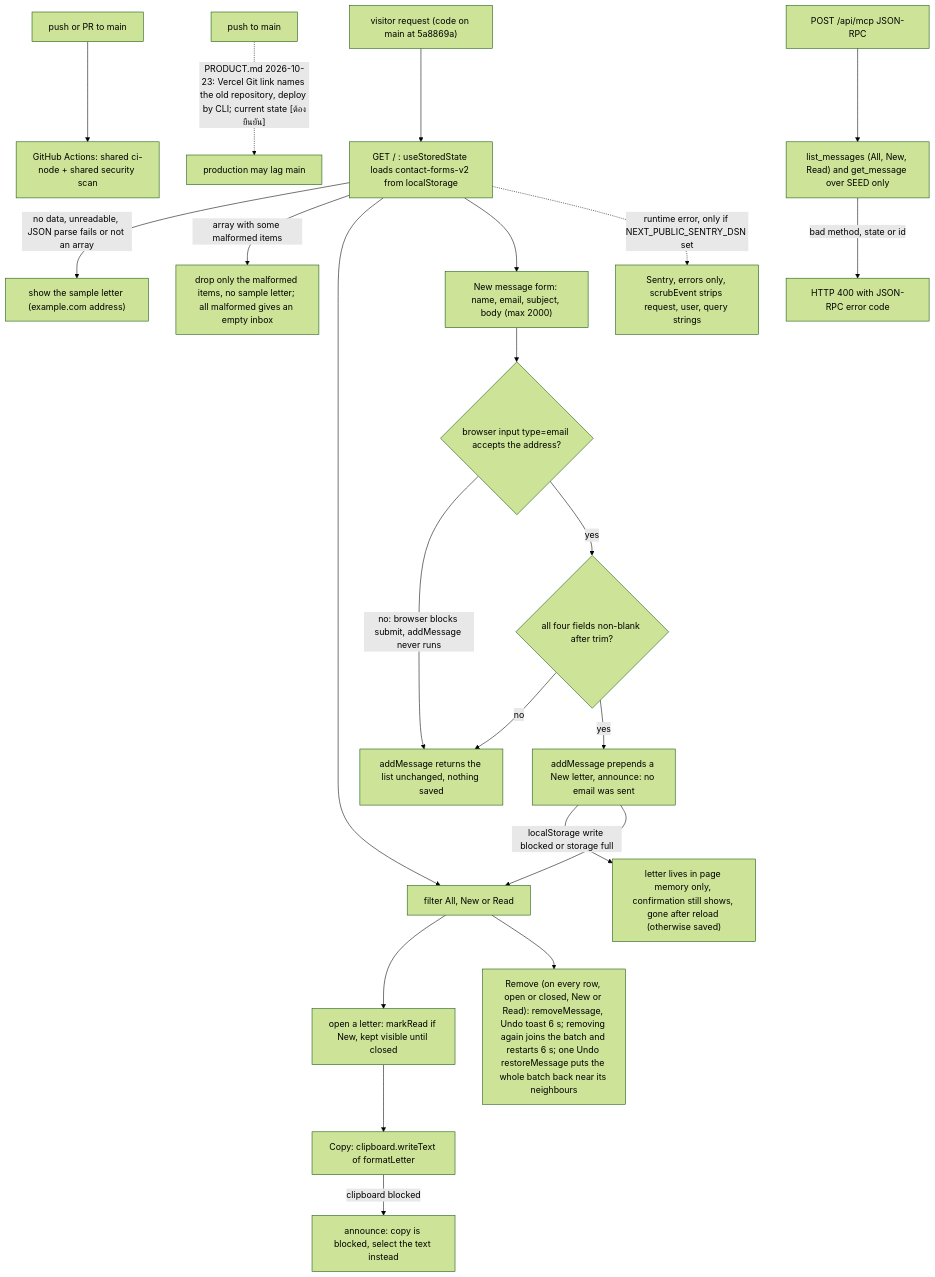
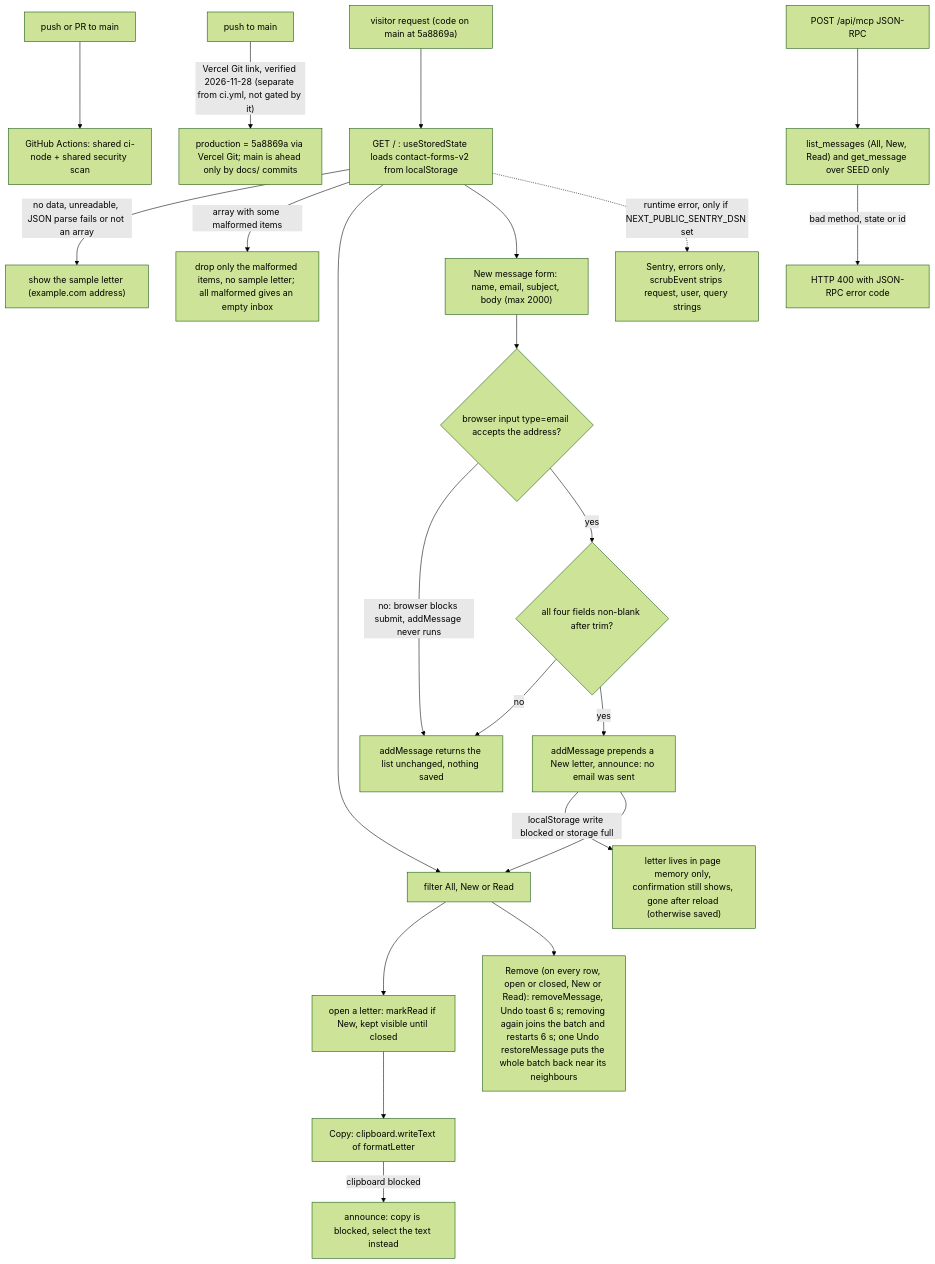
The first of 2 diagrams in docs/diagrams/01-business-process.md (bookchaowalit-website/marketing-contact-forms-web), drawn with Mermaid (forest theme) before and after one commit. The commit also changed other lines of this file, not shown here.

Commit message:
docs: close Vercel Git link gap (D9), verified 2026-11-28

````diff
--- a/docs/diagrams/01-business-process.md
+++ b/docs/diagrams/01-business-process.md
@@ -9,24 +9,24 @@
 ```mermaid
 flowchart TD
   PUSH["push or PR to main"] --> CI["GitHub Actions: shared ci-node + shared security scan"]
-  MAIN["push to main"] -.->|"PRODUCT.md 2026-10-23: Vercel Git link names the old repository, deploy by CLI; current state [ต้องยืนยัน]"| PROD["production may lag main"]
+  MAIN["push to main"] -->|"Vercel Git link, verified 2026-11-28 (separate from ci.yml, not gated by it)"| PROD["production = 5a8869a via Vercel Git; main is ahead only by docs/ commits"]
   VISIT["visitor request (code on main at 5a8869a)"] --> PAGE["GET / : useStoredState loads contact-forms-v2 from localStorage"]
   PAGE -->|"no data, unreadable, JSON parse fails or not an array"| SEED["show the sample letter (example.com address)"]
   PAGE -->|"array with some malformed items"| DROP["drop only the malformed items, no sample letter; all malformed gives an empty inbox"]
   PAGE --> FILTER["filter All, New or Read"]
   FILTER --> OPEN["open a letter: markRead if New, kept visible until closed"]
   OPEN --> COPY["Copy: clipboard.writeText of formatLetter"]
   COPY -->|"clipboard blocked"| MSG["announce: copy is blocked, select the text instead"]
   FILTER --> REMOVE["Remove (on every row, open or closed, New or Read): removeMessage, Undo toast 6 s; removing again joins the batch and restarts 6 s; one Undo restoreMessage puts the whole batch back near its neighbours"]
   PAGE --> COMPOSE["New message form: name, email, subject, body (max 2000)"]
   COMPOSE --> EMAILCHK{"browser input type=email accepts the address?"}
   EMAILCHK -->|"no: browser blocks submit, addMessage never runs"| NOOP
   EMAILCHK -->|yes| VALID{"all four fields non-blank after trim?"}
   VALID -->|no| NOOP["addMessage returns the list unchanged, nothing saved"]
   VALID -->|yes| ADD["addMessage prepends a New letter, announce: no email was sent"]
   ADD -->|"localStorage write blocked or storage full"| MEMONLY["letter lives in page memory only, confirmation still shows, gone after reload (otherwise saved)"]
   ADD --> FILTER
   MCP["POST /api/mcp JSON-RPC"] --> TOOLS["list_messages (All, New, Read) and get_message over SEED only"]
   TOOLS -->|"bad method, state or id"| ERR["HTTP 400 with JSON-RPC error code"]
   PAGE -.->|"runtime error, only if NEXT_PUBLIC_SENTRY_DSN set"| SENTRY["Sentry, errors only, scrubEvent strips request, user, query strings"]
 ```
````
